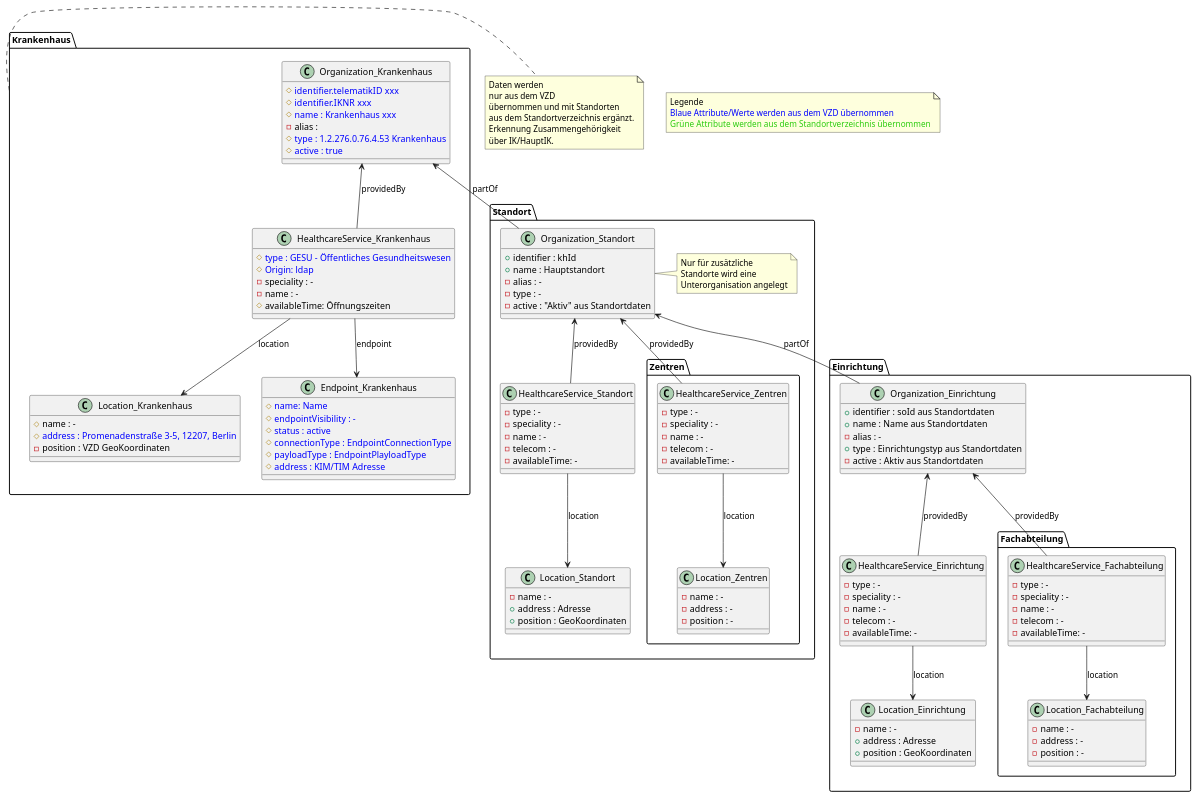
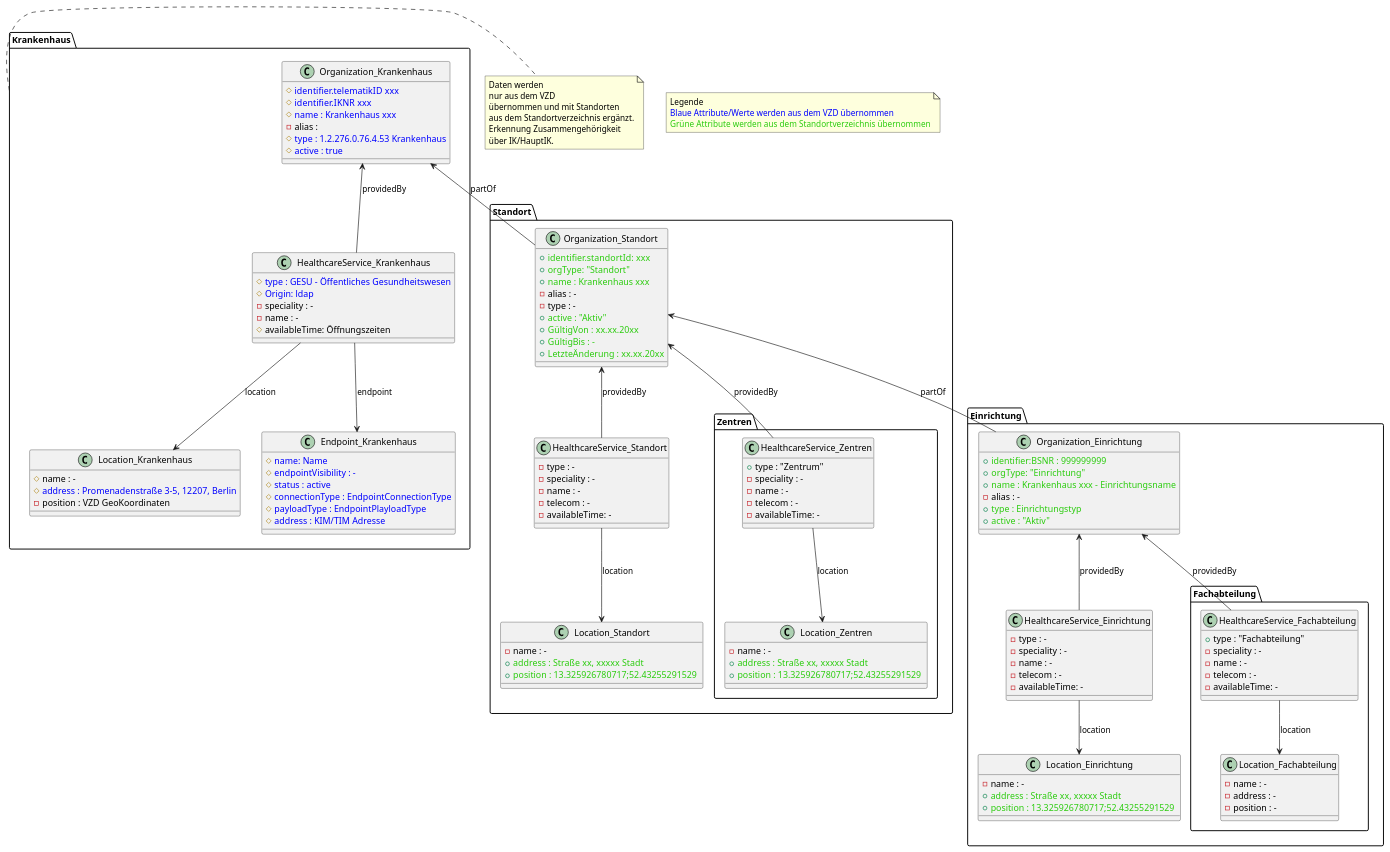
One commit to gematik/api-vzd changed the diagram in src/plantuml/OrgStruct/Standortverzeichnis_optimiert.puml. Above: the diagram before and after it, drawn with PlantUML.

```diff
--- a/src/plantuml/OrgStruct/Standortverzeichnis_optimiert.puml
+++ b/src/plantuml/OrgStruct/Standortverzeichnis_optimiert.puml
@@ -1,176 +1,176 @@
 @startuml
 
 package "Krankenhaus" {
   
 class Organization_Krankenhaus {
 #<color:#0000FF>identifier.telematikID xxx</color> 
 #<color:#0000FF>identifier.IKNR xxx</color>
 #<color:#0000FF>name : Krankenhaus xxx </color>
 -alias : 
 #<color:#0000FF>type : 1.2.276.0.76.4.53 Krankenhaus</color>
 #<color:#0000FF>active : true</color>
 }
 
 class HealthcareService_Krankenhaus {
 #<color:#0000FF>type : GESU - Öffentliches Gesundheitswesen</color>
 #<color:#0000FF>Origin: ldap</color>
 -speciality : -
 -name : -
 #availableTime: Öffnungszeiten
 }
 
 Organization_Krankenhaus <-- HealthcareService_Krankenhaus : providedBy
 HealthcareService_Krankenhaus --> Location_Krankenhaus : location
 HealthcareService_Krankenhaus --> Endpoint_Krankenhaus : endpoint
 
 
 class Location_Krankenhaus {
 #name : -
 #<color:#0000FF>address : Promenadenstraße 3-5, 12207, Berlin</color>
 -position : VZD GeoKoordinaten
 }
 
 class Endpoint_Krankenhaus {
 #<color:#0000FF>name: Name</color>
 #<color:#0000FF>endpointVisibility : -</color>
 #<color:#0000FF>status : active</color>
 #<color:#0000FF>connectionType : EndpointConnectionType</color>
 #<color:#0000FF>payloadType : EndpointPlayloadType</color>
 #<color:#0000FF>address : KIM/TIM Adresse</color>
 }
 
 }
 
 note right of Krankenhaus 
    Daten werden
    nur aus dem VZD
    übernommen und mit Standorten 
    aus dem Standortverzeichnis ergänzt.
    Erkennung Zusammengehörigkeit
    über IK/HauptIK.
 end note   
 
 note "Legende\n<color:#0000FF>Blaue Attribute/Werte werden aus dem VZD übernommen</color>\n<color:#2bcc0e>Grüne Attribute werden aus dem Standortverzeichnis übernommen</color>" as N1
 
 package "Standort" {
 
 class Organization_Standort {
-+identifier : khId
-+name : Hauptstandort
++<color:#2bcc0e>identifier.standortId: xxx</color>
++<color:#2bcc0e>orgType: "Standort"</color>
++<color:#2bcc0e>name : Krankenhaus xxx</color>
 -alias : -
 -type : -
--active : "Aktiv" aus Standortdaten
++<color:#2bcc0e>active : "Aktiv"</color>
++<color:#2bcc0e>GültigVon : xx.xx.20xx</color>
++<color:#2bcc0e>GültigBis : -</color>
++<color:#2bcc0e>LetzteÄnderung : xx.xx.20xx</color>
 }
-note right of Organization_Standort 
-   Nur für zusätzliche
-   Standorte wird eine
-   Unterorganisation angelegt
-end note 
+
 
 Organization_Krankenhaus <-- Organization_Standort : "partOf"
 HealthcareService_Krankenhaus -[hidden]right-> Organization_Standort
 
 class HealthcareService_Standort {
 -type : -
 -speciality : -
 -name : -
 -telecom : -
 -availableTime: -
 }
 
 HealthcareService_Standort --> Location_Standort : location
 Organization_Standort <-- HealthcareService_Standort : providedBy
 
 
 
 class Location_Standort {
 -name : -
-+address : Adresse
-+position : GeoKoordinaten
++<color:#2bcc0e>address : Straße xx, xxxxx Stadt</color>
++<color:#2bcc0e>position : 13.325926780717;52.43255291529 </color>
 }
 
 package "Zentren" {
 
 Organization_Standort <-down- HealthcareService_Zentren : "providedBy"
 
 class HealthcareService_Zentren {
--type : -
++type : "Zentrum"
 -speciality : -
 -name : -
 -telecom : -
 -availableTime: -
 }
 
 HealthcareService_Zentren --> Location_Zentren : location
 
 
 class Location_Zentren {
 -name : -
--address : -
--position : -
++<color:#2bcc0e>address : Straße xx, xxxxx Stadt</color>
++<color:#2bcc0e>position : 13.325926780717;52.43255291529 </color>
 }
 
 }
 
 }
 
 package "Einrichtung" {
 
 class Organization_Einrichtung {
-+identifier : soId aus Standortdaten
-+name : Name aus Standortdaten
++<color:#2bcc0e>identifier:BSNR : 999999999</color>
++<color:#2bcc0e>orgType: "Einrichtung"</color>
++<color:#2bcc0e>name : Krankenhaus xxx - Einrichtungsname</color>
 -alias : -
-+type : Einrichtungstyp aus Standortdaten
--active : Aktiv aus Standortdaten
++<color:#2bcc0e>type : Einrichtungstyp</color>
++<color:#2bcc0e>active : "Aktiv"</color>
 }
-
 
 Organization_Standort <-- Organization_Einrichtung : "partOf"
 
 class HealthcareService_Einrichtung {
 -type : -
 -speciality : -
 -name : -
 -telecom : -
 -availableTime: -
 }
 
 HealthcareService_Einrichtung --> Location_Einrichtung : location
 Organization_Einrichtung <-- HealthcareService_Einrichtung : providedBy
 
 
 
 class Location_Einrichtung {
 -name : -
-+address : Adresse
-+position : GeoKoordinaten
++<color:#2bcc0e>address : Straße xx, xxxxx Stadt</color>
++<color:#2bcc0e>position : 13.325926780717;52.43255291529 </color>
 }
 
 package "Fachabteilung" {
 
 
 Organization_Einrichtung <-down- HealthcareService_Fachabteilung : "providedBy"
 
 class HealthcareService_Fachabteilung {
--type : -
++type : "Fachabteilung"
 -speciality : -
 -name : -
 -telecom : -
 -availableTime: -
 }
 
 HealthcareService_Fachabteilung --> Location_Fachabteilung : location
 
 class Location_Fachabteilung {
 -name : -
 -address : -
 -position : -
 }
 
 }
 
 }
 
 
 
 @enduml
```
